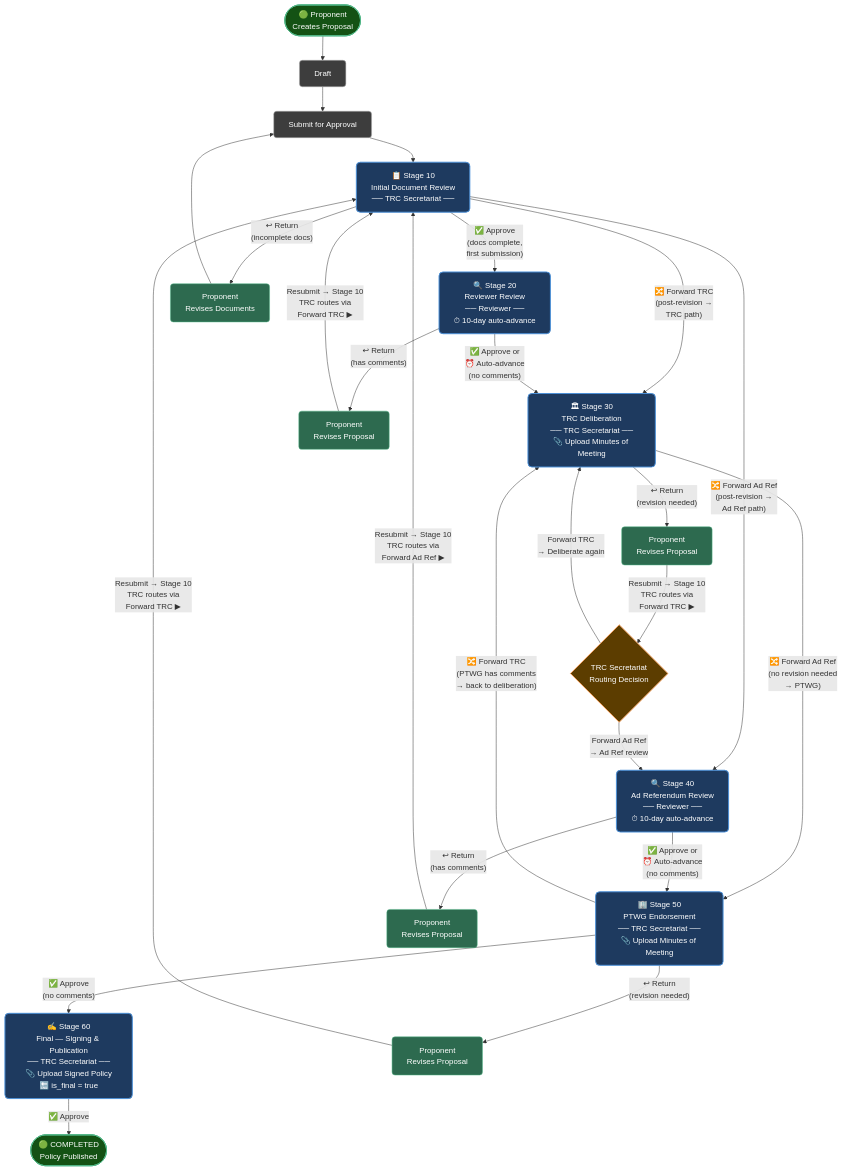
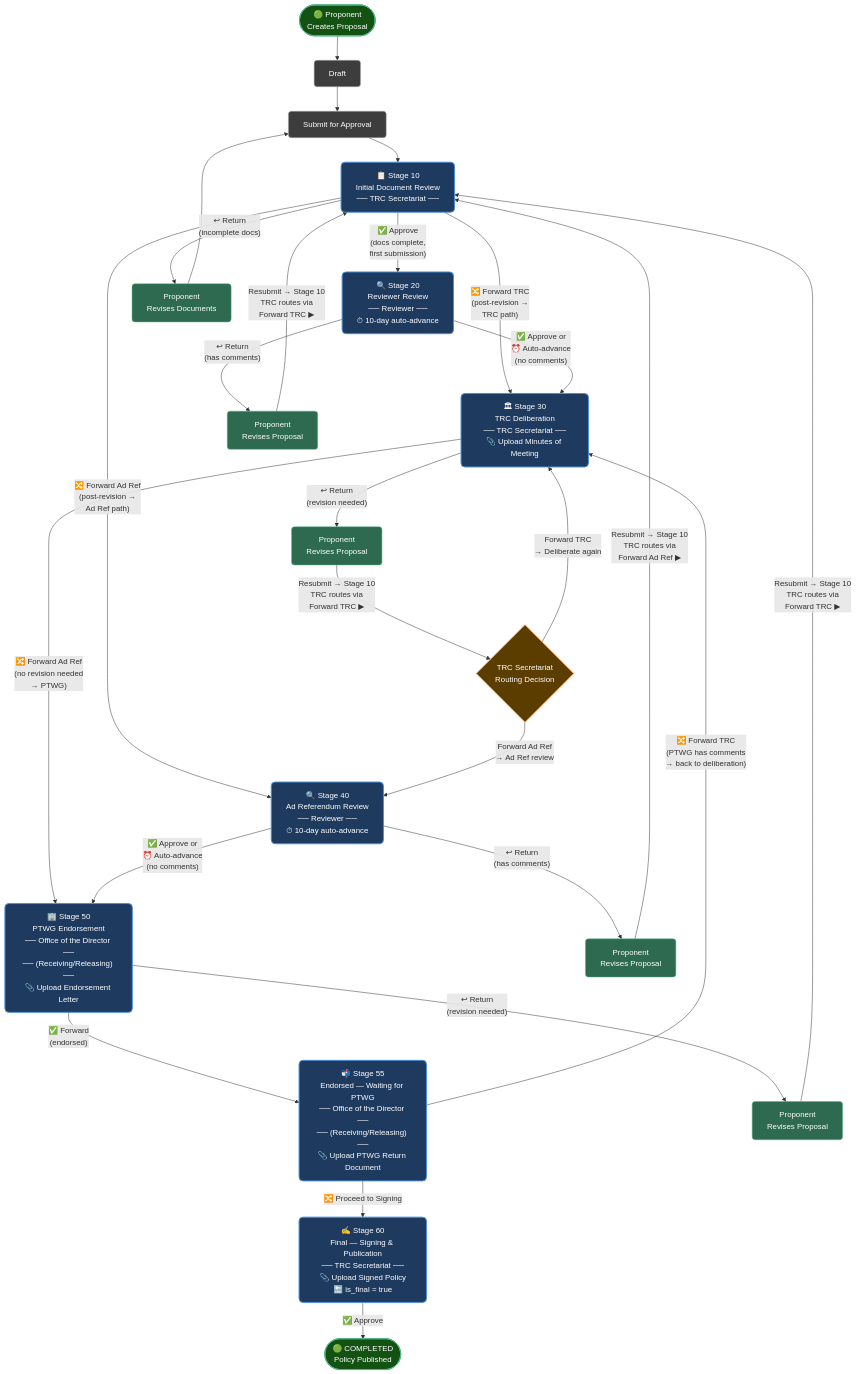
The diagram in prms/docs/workflow-flowchart.md (jAlert/Dev), drawn with Mermaid before and after one commit. The commit also changed other lines of this file and 2 other files, not shown here.

Commit message:
docs: update database schema, development stack, and workflow architecture documentation

````diff
--- a/prms/docs/workflow-flowchart.md
+++ b/prms/docs/workflow-flowchart.md
@@ -3,68 +3,73 @@
 ```mermaid
 flowchart TD
     START([🟢 Proponent\nCreates Proposal]) --> DRAFT[Draft]
     DRAFT --> SUBMIT[Submit for Approval]
     SUBMIT --> S10
 
     %% ── Stage 10 ──────────────────────────────────────────────────────────────
     S10["📋 Stage 10\nInitial Document Review\n── TRC Secretariat ──"]
 
     S10 -->|"✅ Approve\n(docs complete,\nfirst submission)"| S20
     S10 -->|"↩ Return\n(incomplete docs)"| REV_DOCS[Proponent\nRevises Documents]
     REV_DOCS --> SUBMIT
 
     S10 -->|"🔀 Forward TRC\n(post-revision →\nTRC path)"| S30
     S10 -->|"🔀 Forward Ad Ref\n(post-revision →\nAd Ref path)"| S40
 
     %% ── Stage 20 ──────────────────────────────────────────────────────────────
     S20["🔍 Stage 20\nReviewer Review\n── Reviewer ──\n⏱ 10-day auto-advance"]
 
     S20 -->|"✅ Approve or\n⏰ Auto-advance\n(no comments)"| S30
     S20 -->|"↩ Return\n(has comments)"| REV_REVIEW[Proponent\nRevises Proposal]
     REV_REVIEW -->|"Resubmit → Stage 10\nTRC routes via\nForward TRC ▶"| S10
 
     %% ── Stage 30 ──────────────────────────────────────────────────────────────
     S30["🏛 Stage 30\nTRC Deliberation\n── TRC Secretariat ──\n📎 Upload Minutes of Meeting"]
 
     S30 -->|"🔀 Forward Ad Ref\n(no revision needed\n→ PTWG)"| S50
     S30 -->|"↩ Return\n(revision needed)"| REV_TRC[Proponent\nRevises Proposal]
 
     REV_TRC -->|"Resubmit → Stage 10\nTRC routes via\nForward TRC ▶"| TRC_ROUTE{TRC Secretariat\nRouting Decision}
     TRC_ROUTE -->|"Forward TRC\n→ Deliberate again"| S30
     TRC_ROUTE -->|"Forward Ad Ref\n→ Ad Ref review"| S40
 
     %% ── Stage 40 ──────────────────────────────────────────────────────────────
     S40["🔍 Stage 40\nAd Referendum Review\n── Reviewer ──\n⏱ 10-day auto-advance"]
 
     S40 -->|"✅ Approve or\n⏰ Auto-advance\n(no comments)"| S50
     S40 -->|"↩ Return\n(has comments)"| REV_ADREF[Proponent\nRevises Proposal]
     REV_ADREF -->|"Resubmit → Stage 10\nTRC routes via\nForward Ad Ref ▶"| S10
 
     %% ── Stage 50 ──────────────────────────────────────────────────────────────
-    S50["🏢 Stage 50\nPTWG Endorsement\n── TRC Secretariat ──\n📎 Upload Minutes of Meeting"]
+    S50["🏢 Stage 50\nPTWG Endorsement\n── Office of the Director ──\n── (Receiving/Releasing) ──\n📎 Upload Endorsement Letter"]
 
-    S50 -->|"✅ Approve\n(no comments)"| S60
-    S50 -->|"🔀 Forward TRC\n(PTWG has comments\n→ back to deliberation)"| S30
+    S50 -->|"✅ Forward\n(endorsed)"| S55
     S50 -->|"↩ Return\n(revision needed)"| REV_PTWG[Proponent\nRevises Proposal]
     REV_PTWG -->|"Resubmit → Stage 10\nTRC routes via\nForward TRC ▶"| S10
+
+    %% ── Stage 55 ──────────────────────────────────────────────────────────────
+    S55["📬 Stage 55\nEndorsed — Waiting for PTWG\n── Office of the Director ──\n── (Receiving/Releasing) ──\n📎 Upload PTWG Return Document"]
+
+    S55 -->|"🔀 Proceed to Signing"| S60
+    S55 -->|"🔀 Forward TRC\n(PTWG has comments\n→ back to deliberation)"| S30
 
     %% ── Stage 60 ──────────────────────────────────────────────────────────────
     S60["✍ Stage 60\nFinal — Signing & Publication\n── TRC Secretariat ──\n📎 Upload Signed Policy\n🔚 is_final = true"]
 
     S60 -->|"✅ Approve"| COMPLETED
 
     COMPLETED([🟢 COMPLETED\nPolicy Published])
 
     %% ── Styling ───────────────────────────────────────────────────────────────
     classDef stage        fill:#1e3a5f,color:#fff,stroke:#4a90d9,stroke-width:2px,rx:8
     classDef action       fill:#2d6a4f,color:#fff,stroke:#52b788,stroke-width:1px,rx:6
     classDef terminal     fill:#145214,color:#fff,stroke:#52b788,stroke-width:2px,rx:20
     classDef decision     fill:#5c3d00,color:#fff,stroke:#f4a261,stroke-width:2px
     classDef draft        fill:#3d3d3d,color:#fff,stroke:#aaa,stroke-width:1px,rx:6
 
-    class S10,S20,S30,S40,S50,S60 stage
+    class S10,S20,S30,S40,S50,S55,S60 stage
     class REV_DOCS,REV_REVIEW,REV_TRC,REV_ADREF,REV_PTWG action
     class COMPLETED,START terminal
     class TRC_ROUTE decision
     class DRAFT,SUBMIT draft
 ```
````
